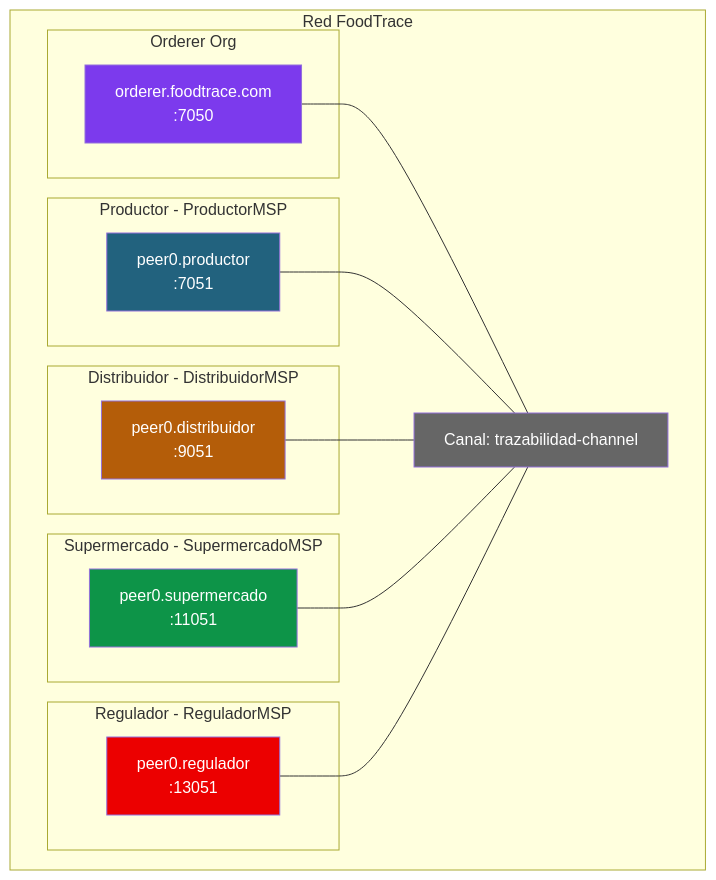
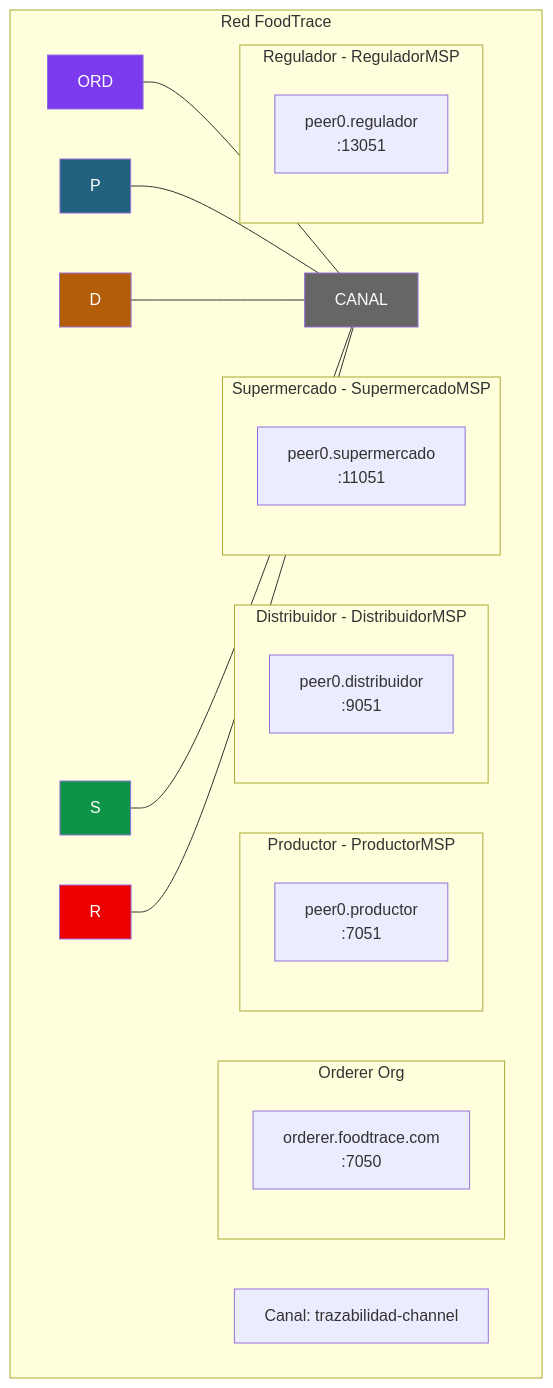
Before and after one commit to jjnieto/Curso-HLFabric: the second of 2 diagrams in Modulo-3/ejercicio-cadena_suministro.md, drawn with Mermaid. The commit also changed other lines of this file, not shown here.

````diff
--- a/Modulo-3/ejercicio-cadena_suministro.md
+++ b/Modulo-3/ejercicio-cadena_suministro.md
@@ -63,39 +66,39 @@
 ```mermaid
 graph TB
     subgraph "Red FoodTrace"
-        subgraph OrdererOrg["Orderer Org"]
-            ORD["orderer.foodtrace.com<br/>:7050"]
+        subgraph OrdererOrg\["Orderer Org"]
+            ORD\["orderer.foodtrace.com<br/>:7050"]
         end
 
-        subgraph Productor["Productor - ProductorMSP"]
-            P["peer0.productor<br/>:7051"]
+        subgraph Productor\["Productor - ProductorMSP"]
+            P\["peer0.productor<br/>:7051"]
         end
 
-        subgraph Distribuidor["Distribuidor - DistribuidorMSP"]
-            D["peer0.distribuidor<br/>:9051"]
+        subgraph Distribuidor\["Distribuidor - DistribuidorMSP"]
+            D\["peer0.distribuidor<br/>:9051"]
         end
 
-        subgraph Supermercado["Supermercado - SupermercadoMSP"]
-            S["peer0.supermercado<br/>:11051"]
+        subgraph Supermercado\["Supermercado - SupermercadoMSP"]
+            S\["peer0.supermercado<br/>:11051"]
         end
 
-        subgraph Regulador["Regulador - ReguladorMSP"]
-            R["peer0.regulador<br/>:13051"]
+        subgraph Regulador\["Regulador - ReguladorMSP"]
+            R\["peer0.regulador<br/>:13051"]
         end
 
-        CANAL["Canal: trazabilidad-channel"]
+        CANAL\["Canal: trazabilidad-channel"]
 
         ORD --- CANAL
         P --- CANAL
         D --- CANAL
         S --- CANAL
         R --- CANAL
     end
 
     style P fill:#22627E,color:#fff
     style D fill:#B45D09,color:#fff
     style S fill:#0D9448,color:#fff
     style R fill:#EC0000,color:#fff
     style ORD fill:#7C3AED,color:#fff
     style CANAL fill:#666,color:#fff
 ```
````
